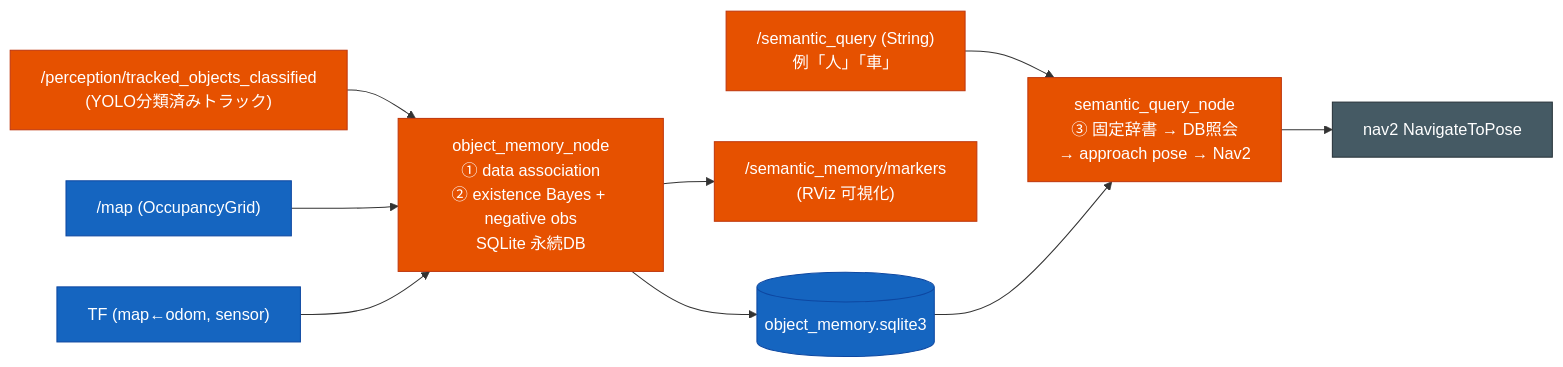
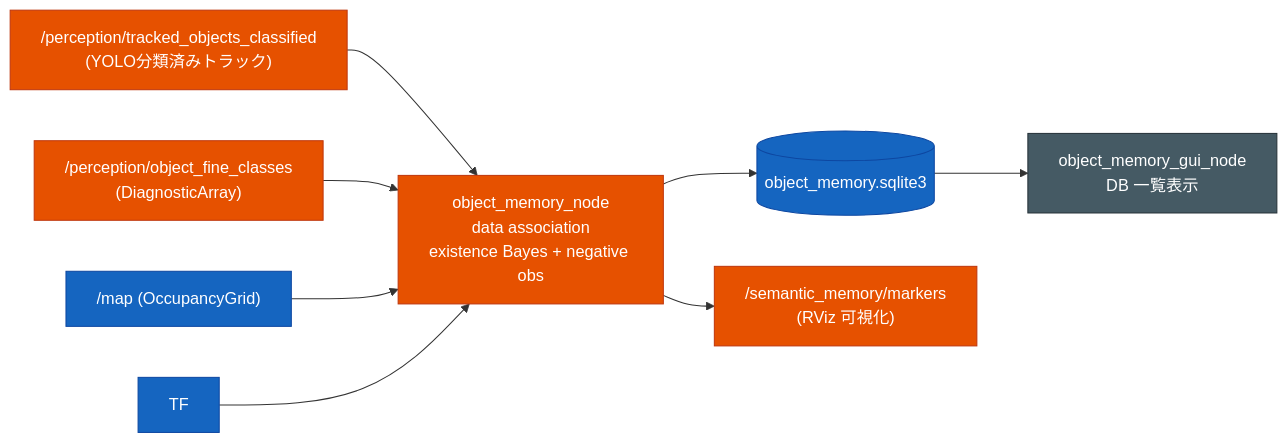
The diagram in docs/semantic_object_memory.md (sato-susumu/susumu_object_perception), drawn with Mermaid before and after one commit. The commit also changed other lines of this file and 13 other files, not shown here.

Commit message:
Remove object search and query features

````diff
--- a/docs/semantic_object_memory.md
+++ b/docs/semantic_object_memory.md
@@ -16,19 +7,18 @@
 ```mermaid
 flowchart LR
   T["/perception/tracked_objects_classified<br/>(YOLO分類済みトラック)"]:::own
+  F["/perception/object_fine_classes<br/>(DiagnosticArray)"]:::own
   M["/map (OccupancyGrid)"]:::hd
-  TF["TF (map←odom, sensor)"]:::hd
-  OM["object_memory_node<br/>① data association<br/>② existence Bayes + negative obs<br/>SQLite 永続DB"]:::own
-  SQ["semantic_query_node<br/>③ 固定辞書 → DB照会<br/>→ approach pose → Nav2"]:::own
+  TF["TF"]:::hd
+  OM["object_memory_node<br/>data association<br/>existence Bayes + negative obs"]:::own
   DB[("object_memory.sqlite3")]:::hd
-  NAV["nav2 NavigateToPose"]:::ext
   RV["/semantic_memory/markers<br/>(RViz 可視化)"]:::own
-  Q["/semantic_query (String)<br/>例「人」「車」"]:::own
+  GUI["object_memory_gui_node<br/>DB 一覧表示"]:::aux
 
-  T --> OM; M --> OM; TF --> OM
+  T --> OM; F --> OM; M --> OM; TF --> OM
   OM --> DB; OM --> RV
-  Q --> SQ; DB --> SQ; SQ --> NAV
+  DB --> GUI
   classDef own fill:#e65100,stroke:#bf360c,color:#fff;
   classDef hd fill:#1565c0,stroke:#0d47a1,color:#fff;
-  classDef ext fill:#455a64,stroke:#263238,color:#fff;
+  classDef aux fill:#455a64,stroke:#263238,color:#fff;
 ```
````
